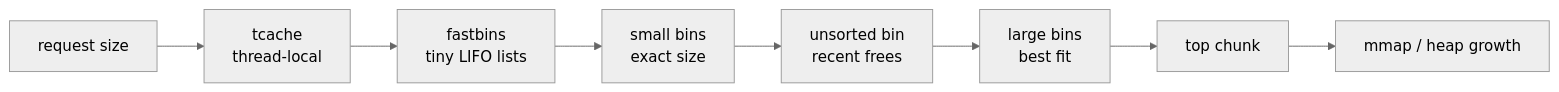
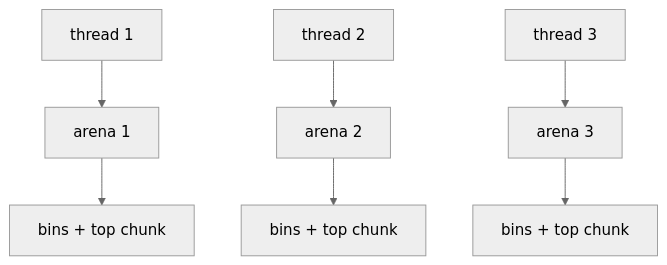
One commit to sdsasf/my_malloc changed the second of 5 diagrams in docs/allocator_families.md. Above: the diagram before and after it, drawn with Mermaid (neutral theme). The commit also changed other lines of this file and 10 other files, not shown here.

````diff
--- a/docs/allocator_families.md
+++ b/docs/allocator_families.md
@@ -53,13 +184,9 @@
 ```mermaid
-flowchart LR
-    Req["request size"]
-    TC["tcache<br/>thread-local"]
-    FB["fastbins<br/>tiny LIFO lists"]
-    SB["small bins<br/>exact size"]
-    UB["unsorted bin<br/>recent frees"]
-    LB["large bins<br/>best fit"]
-    Top["top chunk"]
-    Sys["mmap / heap growth"]
-
-    Req --> TC --> FB --> SB --> UB --> LB --> Top --> Sys
+flowchart TB
+    T1["thread 1"] --> A1["arena 1"]
+    T2["thread 2"] --> A2["arena 2"]
+    T3["thread 3"] --> A3["arena 3"]
+    A1 --> B1["bins + top chunk"]
+    A2 --> B2["bins + top chunk"]
+    A3 --> B3["bins + top chunk"]
 ```
````
